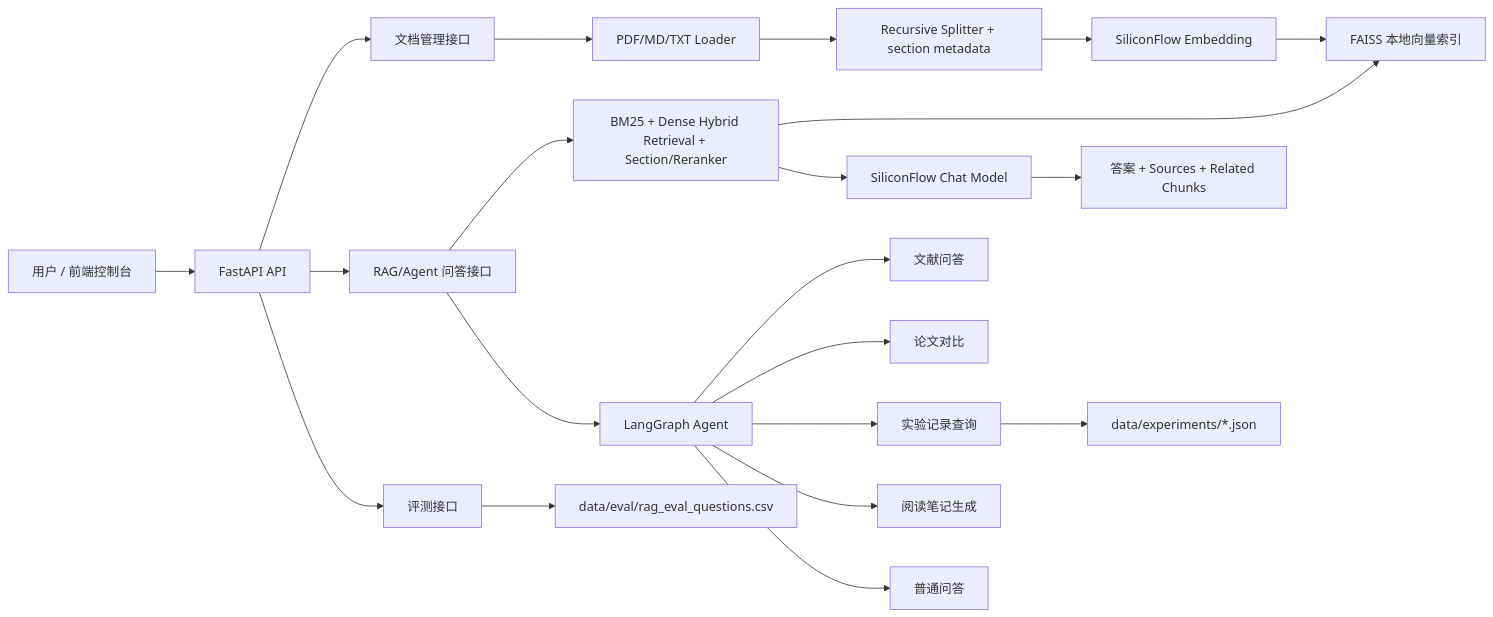
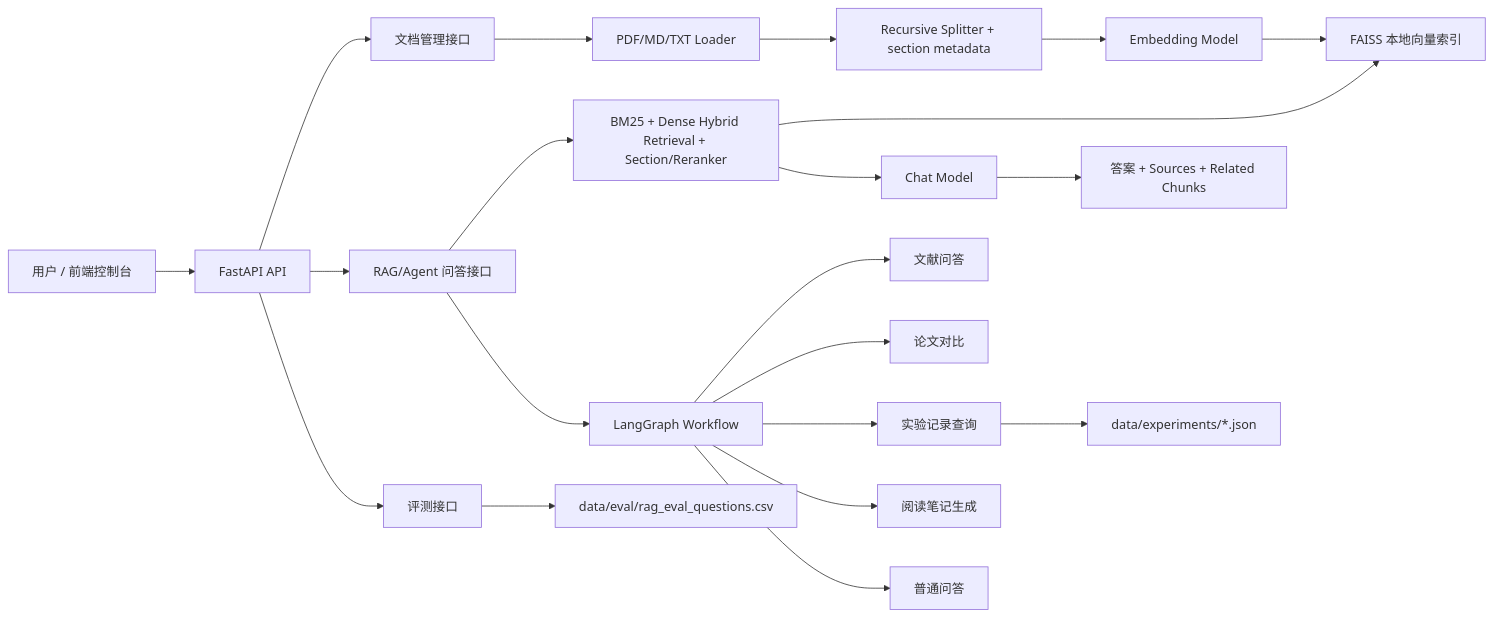
The diagram in README.md (vaegod/research-literature-rag), drawn with Mermaid before and after one commit. The commit also changed other lines of this file and 12 other files, not shown here.

````diff
--- a/README.md
+++ b/README.md
@@ -49,27 +49,27 @@
 ```mermaid
 flowchart LR
     User["用户 / 前端控制台"] --> API["FastAPI API"]
     API --> DocAPI["文档管理接口"]
     API --> RagAPI["RAG/Agent 问答接口"]
     API --> EvalAPI["评测接口"]
 
     DocAPI --> Loader["PDF/MD/TXT Loader"]
     Loader --> Splitter["Recursive Splitter + section metadata"]
-    Splitter --> Embedding["SiliconFlow Embedding"]
+    Splitter --> Embedding["Embedding Model"]
     Embedding --> FAISS["FAISS 本地向量索引"]
 
     RagAPI --> Retriever["BM25 + Dense Hybrid Retrieval + Section/Reranker"]
     Retriever --> FAISS
-    Retriever --> Chat["SiliconFlow Chat Model"]
+    Retriever --> Chat["Chat Model"]
     Chat --> Answer["答案 + Sources + Related Chunks"]
 
-    RagAPI --> Graph["LangGraph Agent"]
+    RagAPI --> Graph["LangGraph Workflow"]
     Graph --> Literature["文献问答"]
     Graph --> Compare["论文对比"]
     Graph --> Experiment["实验记录查询"]
     Graph --> Notes["阅读笔记生成"]
     Graph --> General["普通问答"]
 
     Experiment --> ExpJSON["data/experiments/*.json"]
     EvalAPI --> EvalCSV["data/eval/rag_eval_questions.csv"]
 ```
````
